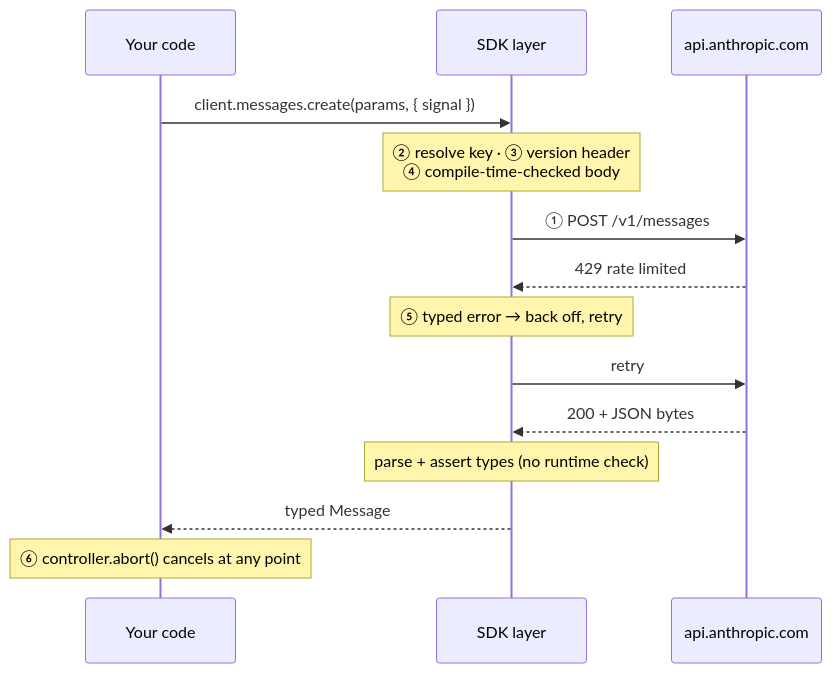
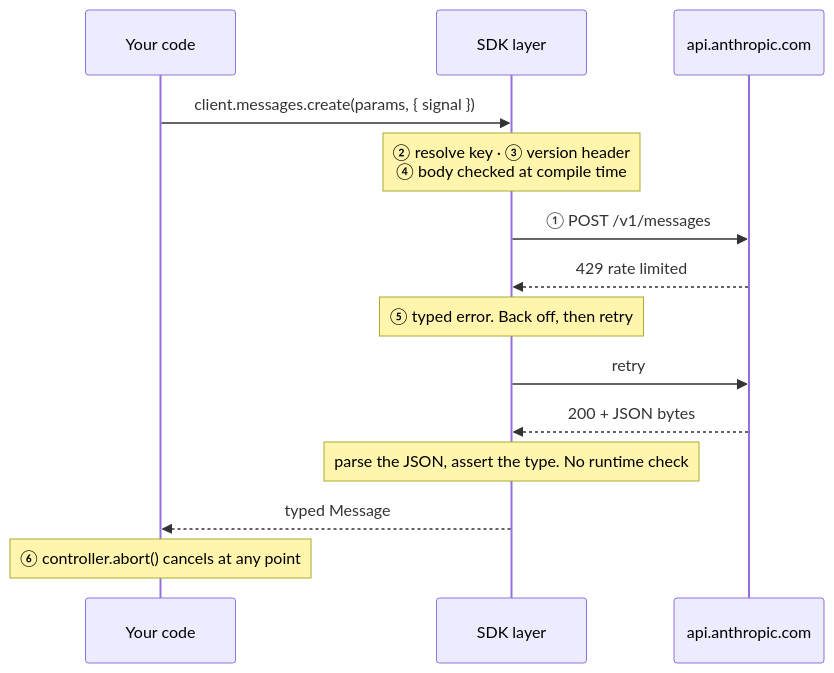
Before and after one commit to JozsefKiss90/TS: the second of 2 diagrams in wiki/lessons/lesson-0001-trace-one-request.md, drawn with Mermaid. The commit also changed other lines of this file and 49 other files, not shown here.

````diff
--- a/wiki/lessons/lesson-0001-trace-one-request.md
+++ b/wiki/lessons/lesson-0001-trace-one-request.md
@@ -39,16 +39,16 @@
 ```mermaid
 sequenceDiagram
     participant Code as Your code
     participant SDK as SDK layer
     participant API as api.anthropic.com
     Code->>SDK: client.messages.create(params, { signal })
-    Note over SDK: ② resolve key · ③ version header<br/>④ compile-time-checked body
+    Note over SDK: ② resolve key · ③ version header<br/>④ body checked at compile time
     SDK->>API: ① POST /v1/messages
     API-->>SDK: 429 rate limited
-    Note over SDK: ⑤ typed error → back off, retry
+    Note over SDK: ⑤ typed error. Back off, then retry
     SDK->>API: retry
     API-->>SDK: 200 + JSON bytes
-    Note over SDK: parse + assert types (no runtime check)
+    Note over SDK: parse the JSON, assert the type. No runtime check
     SDK-->>Code: typed Message
     Note over Code: ⑥ controller.abort() cancels at any point
 ```
````
